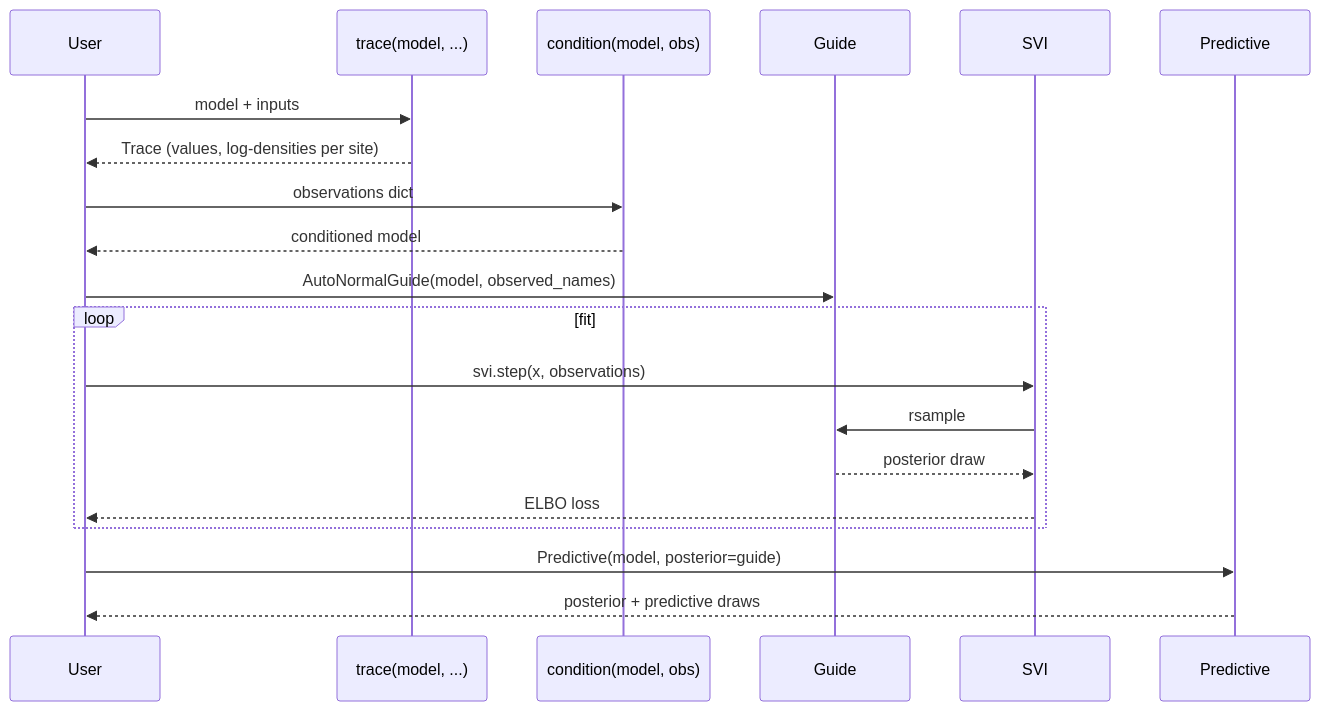
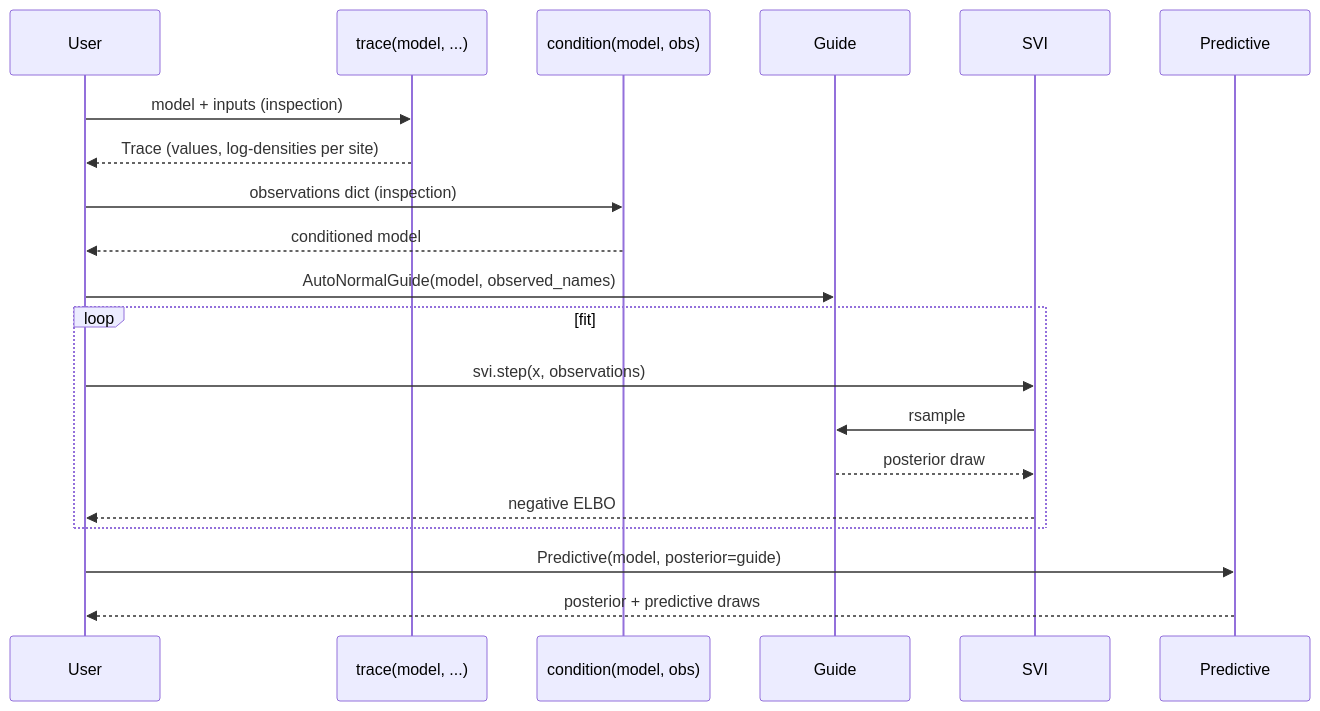
Before and after one commit to quivers-dev/quivers: the diagram in docs/tutorials/python/05-variational-inference.md, drawn with Mermaid. The commit also changed other lines of this file and 276 other files, not shown here.

````diff
--- a/docs/tutorials/python/05-variational-inference.md
+++ b/docs/tutorials/python/05-variational-inference.md
@@ -7,23 +5,23 @@
 ```mermaid
 sequenceDiagram
     participant User
     participant trace as trace(model, ...)
     participant condition as condition(model, obs)
     participant guide as Guide
     participant svi as SVI
     participant pred as Predictive
 
-    User->>trace: model + inputs
+    User->>trace: model + inputs (inspection)
     trace-->>User: Trace (values, log-densities per site)
-    User->>condition: observations dict
+    User->>condition: observations dict (inspection)
     condition-->>User: conditioned model
     User->>guide: AutoNormalGuide(model, observed_names)
     loop fit
         User->>svi: svi.step(x, observations)
         svi->>guide: rsample
         guide-->>svi: posterior draw
-        svi-->>User: ELBO loss
+        svi-->>User: negative ELBO
     end
     User->>pred: Predictive(model, posterior=guide)
     pred-->>User: posterior + predictive draws
 ```
````
